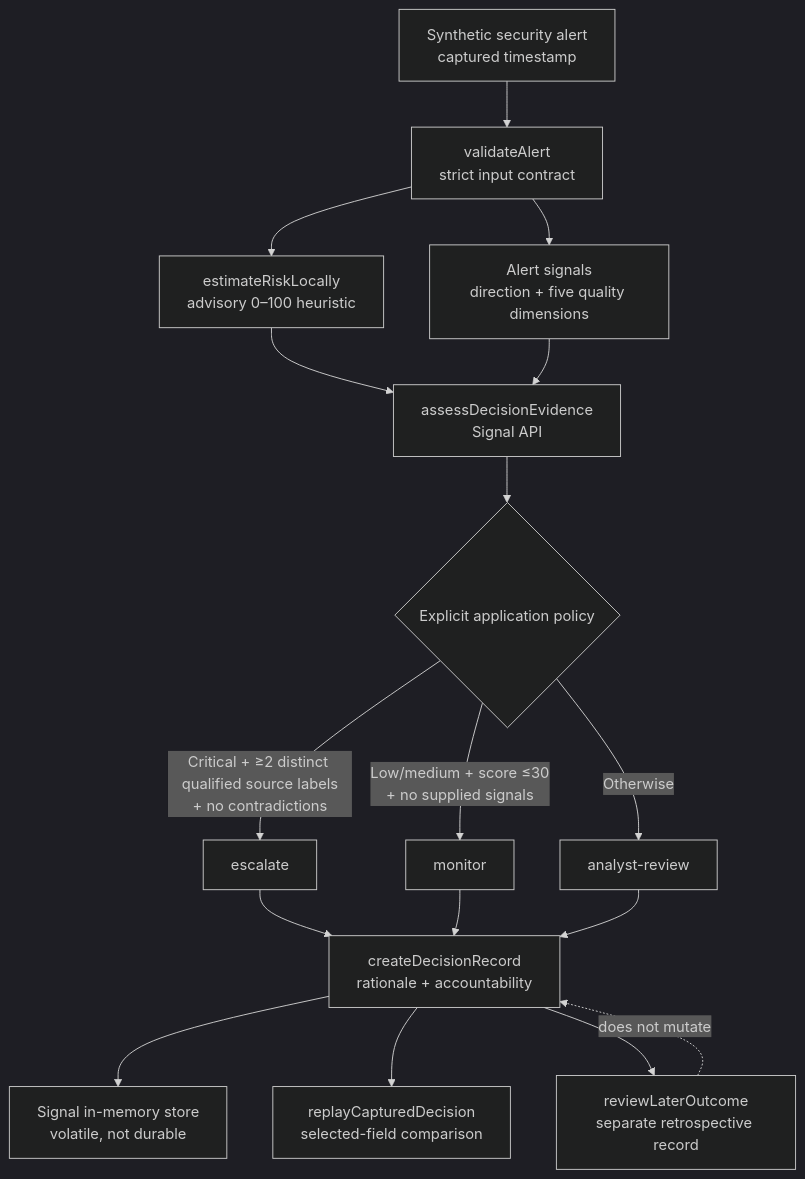
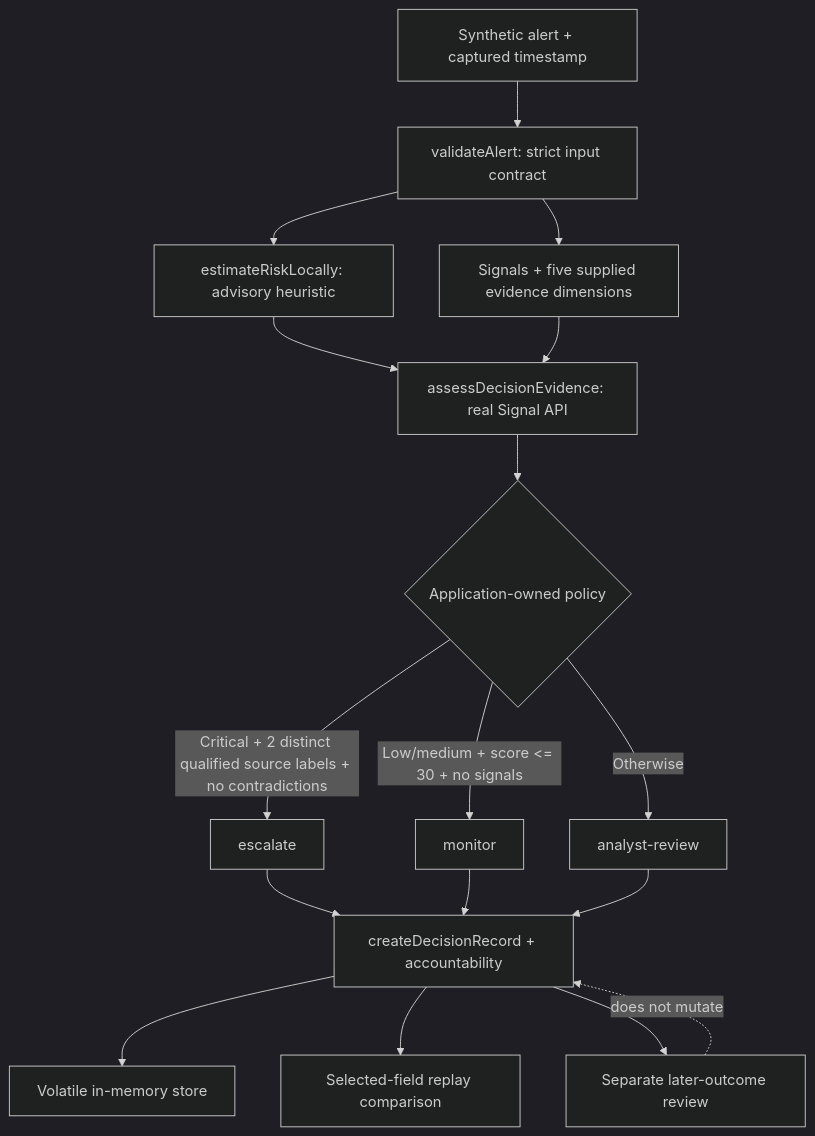
The diagram in examples/ai-decision-system/COURSE_LAB.md (DiogoAngelim/signal), drawn with Mermaid (dark theme) before and after one commit. The commit also changed other lines of this file, not shown here.

````diff
--- a/examples/ai-decision-system/COURSE_LAB.md
+++ b/examples/ai-decision-system/COURSE_LAB.md
@@ -17,19 +25,19 @@
 ```mermaid
 flowchart TD
-    A["Synthetic security alert<br/>captured timestamp"] --> B["validateAlert<br/>strict input contract"]
-    B --> C["estimateRiskLocally<br/>advisory 0–100 heuristic"]
-    B --> D["Alert signals<br/>direction + five quality dimensions"]
-    C --> E["assessDecisionEvidence<br/>Signal API"]
+    A["Synthetic alert + captured timestamp"] --> B["validateAlert: strict input contract"]
+    B --> C["estimateRiskLocally: advisory heuristic"]
+    B --> D["Signals + five supplied evidence dimensions"]
+    C --> E["assessDecisionEvidence: real Signal API"]
     D --> E
-    E --> F{"Explicit application policy"}
-    F -->|"Critical + ≥2 distinct qualified source labels<br/>+ no contradictions"| G["escalate"]
-    F -->|"Low/medium + score ≤30<br/>+ no supplied signals"| H["monitor"]
+    E --> F{"Application-owned policy"}
+    F -->|"Critical + 2 distinct qualified source labels + no contradictions"| G["escalate"]
+    F -->|"Low/medium + score <= 30 + no signals"| H["monitor"]
     F -->|"Otherwise"| I["analyst-review"]
-    G --> J["createDecisionRecord<br/>rationale + accountability"]
+    G --> J["createDecisionRecord + accountability"]
     H --> J
     I --> J
-    J --> K["Signal in-memory store<br/>volatile, not durable"]
-    J --> L["replayCapturedDecision<br/>selected-field comparison"]
-    J --> M["reviewLaterOutcome<br/>separate retrospective record"]
+    J --> K["Volatile in-memory store"]
+    J --> L["Selected-field replay comparison"]
+    J --> M["Separate later-outcome review"]
     M -. "does not mutate" .-> J
 ```
````
